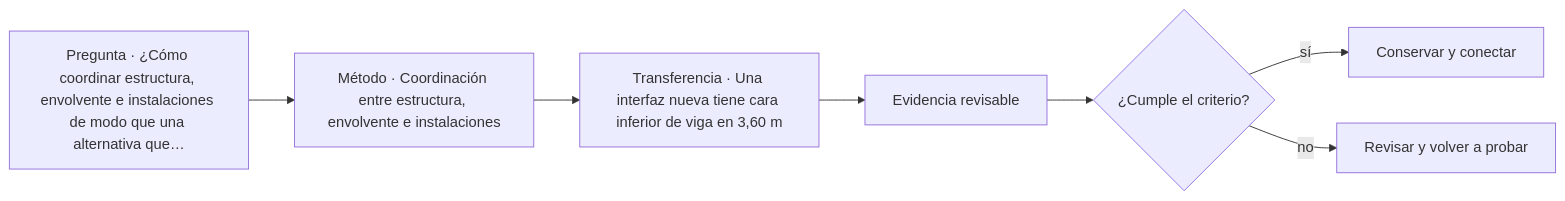
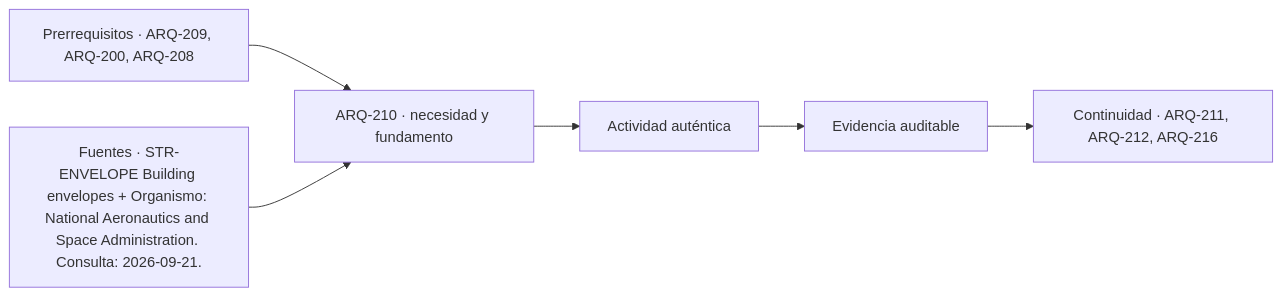
Before and after one commit to vladimiracunadev-create/architecture-built-environment-learning-program: the diagram in classes/parte-21/ARQ-210.md, drawn with Mermaid. The commit also changed other lines of this file and 761 other files, not shown here.

````diff
--- a/classes/parte-21/ARQ-210.md
+++ b/classes/parte-21/ARQ-210.md
@@ -124,9 +136,8 @@
 ```mermaid
 flowchart LR
-    Q["Pregunta · ¿Cómo coordinar estructura, envolvente e instalaciones de modo que una alternativa que…"] --> M["Método · Coordinación entre estructura, envolvente e instalaciones"]
-    M --> P["Transferencia · Una interfaz nueva tiene cara inferior de viga en 3,60 m"]
-    P --> E["Evidencia revisable"]
-    E --> C{"¿Cumple el criterio?"}
-    C -->|sí| T["Conservar y conectar"]
-    C -->|no| R["Revisar y volver a probar"]
+    A["Prerrequisitos · ARQ-209, ARQ-200, ARQ-208"] --> B["ARQ-210 · necesidad y fundamento"]
+    S["Fuentes · STR-ENVELOPE Building envelopes + Organismo: National Aeronautics and Space Administration. Consulta: 2026-09-21."] --> B
+    B --> C["Actividad auténtica"]
+    C --> D["Evidencia auditable"]
+    D --> E["Continuidad · ARQ-211, ARQ-212, ARQ-216"]
 ```
````
